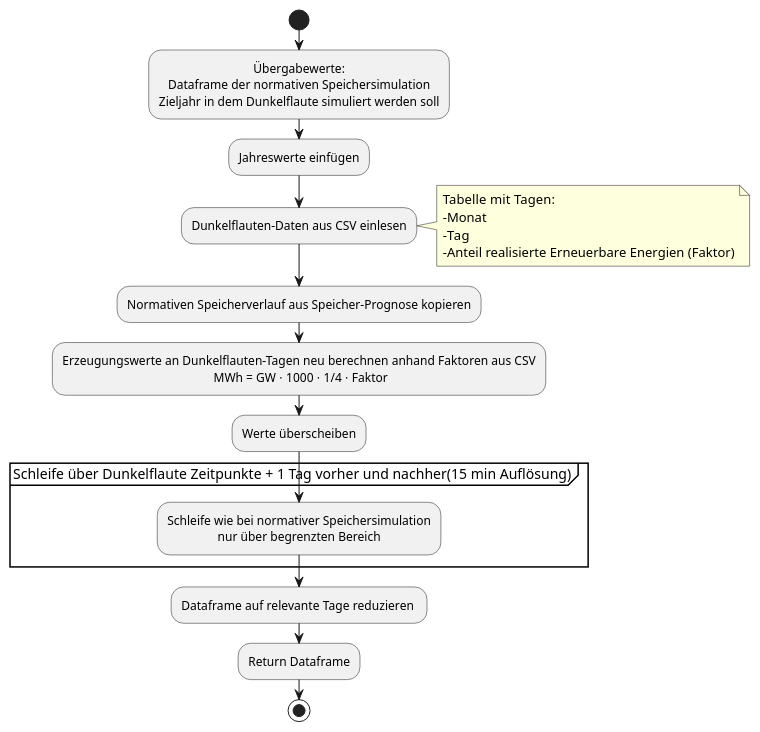
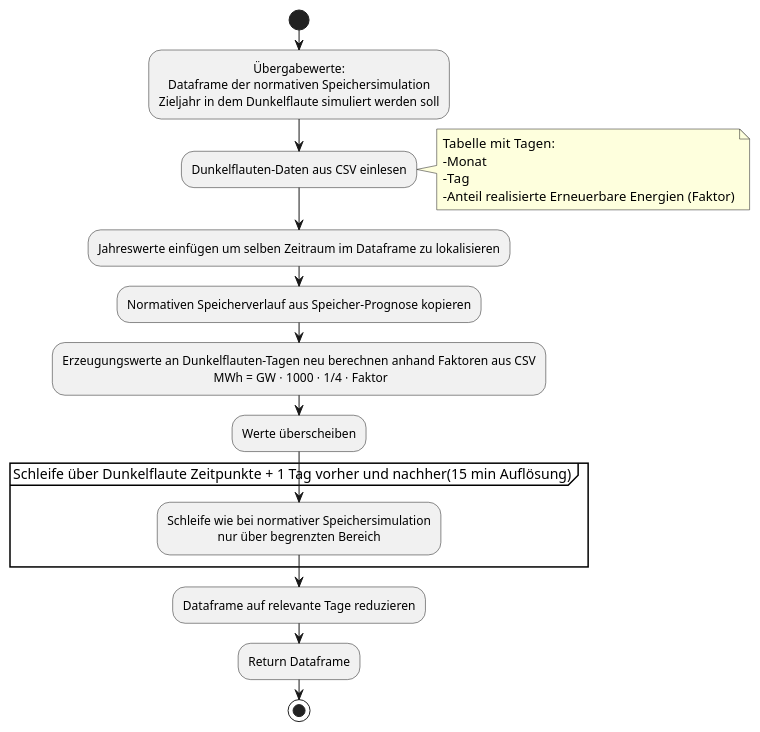
One commit to gitroi/IPJ1-Pottkieker changed the diagram in Sonstiges/UML_Diagramme/Dunkelflaute.plantuml. Above: the diagram before and after it, drawn with PlantUML.

Commit message:
dunkelflaute_plantuml update

```diff
--- a/Sonstiges/UML_Diagramme/Dunkelflaute.plantuml
+++ b/Sonstiges/UML_Diagramme/Dunkelflaute.plantuml
@@ -1,48 +1,47 @@
 @startuml Dunkelflaute
 
 <style>
 activity {
     HorizontalAlignment center
 }
 </style>
 
 start
 
 :Übergabewerte: 
 Dataframe der normativen Speichersimulation
 Zieljahr in dem Dunkelflaute simuliert werden soll;
 
-:Jahreswerte einfügen;
-
 :Dunkelflauten-Daten aus CSV einlesen;
 
 note right
 Tabelle mit Tagen:
 -Monat
 -Tag
 -Anteil realisierte Erneuerbare Energien (Faktor)
 end note
 
+:Jahreswerte einfügen um selben Zeitraum im Dataframe zu lokalisieren;
 
 :Normativen Speicherverlauf aus Speicher-Prognose kopieren;
 
 
 :Erzeugungswerte an Dunkelflauten-Tagen neu berechnen anhand Faktoren aus CSV\n MWh = GW ⋅ 1000 ⋅ 1/4 ⋅ Faktor;
 
 :Werte überscheiben;
 
 partition "Schleife über Dunkelflaute Zeitpunkte + 1 Tag vorher und nachher(15 min Auflösung)" {
     
     :Schleife wie bei normativer Speichersimulation 
     nur über begrenzten Bereich;
     
 
     
 }
 
-:Dataframe auf relevante Tage reduzieren ;
+:Dataframe auf relevante Tage reduzieren;
 
 :Return Dataframe;
 
 stop
 @enduml
```
